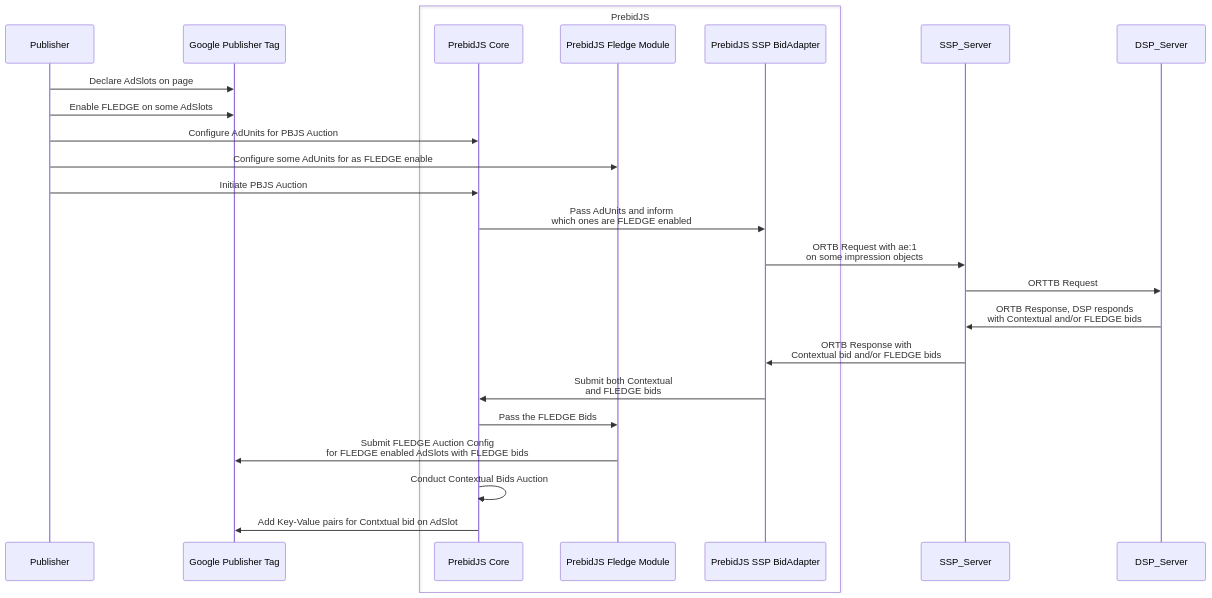
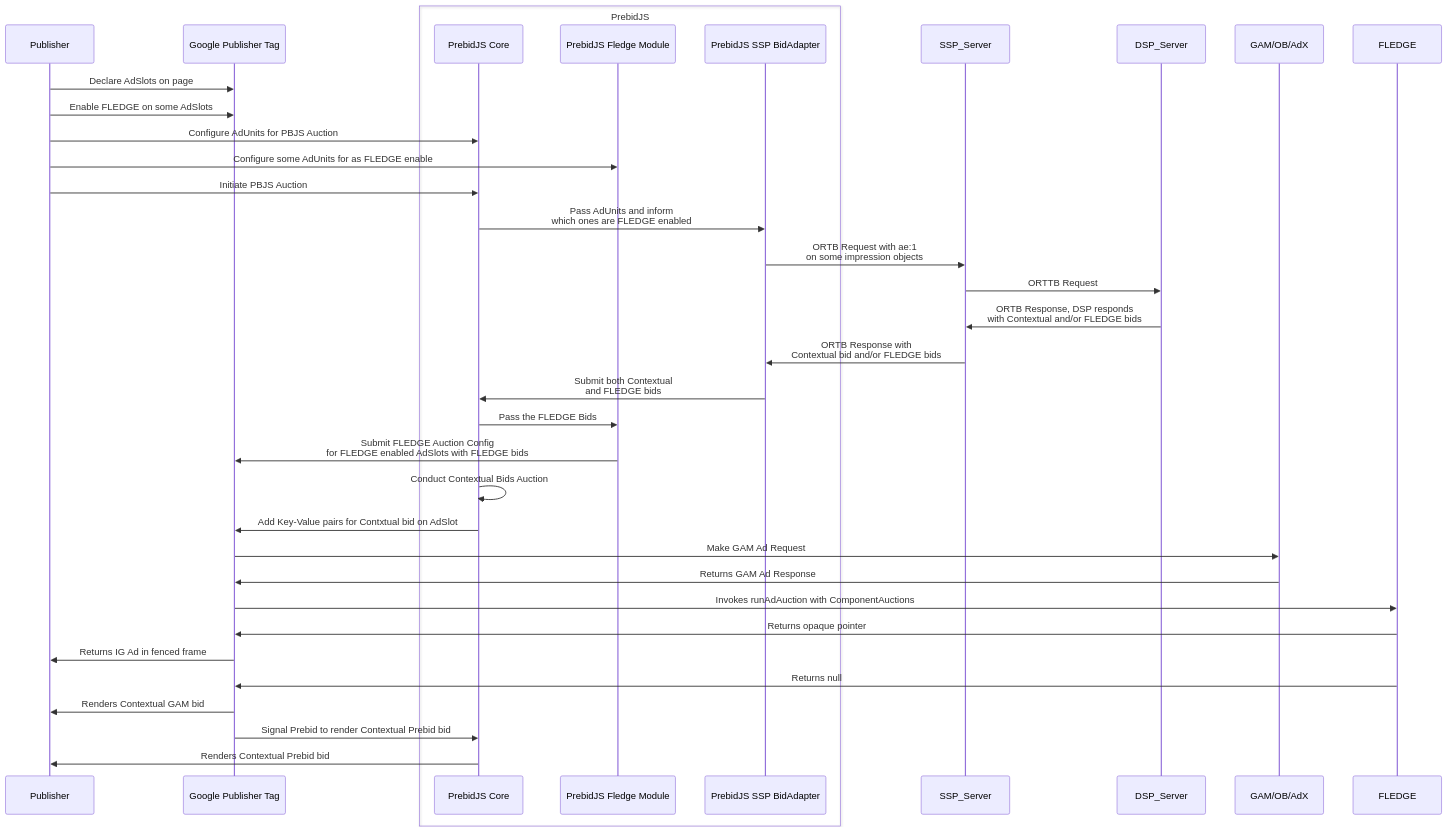
One commit to pm-harshad-mane/Diagrams changed the diagram in FLEDGE.md. Above: the diagram before and after it, drawn with Mermaid.

````diff
--- a/FLEDGE.md
+++ b/FLEDGE.md
@@ -3,33 +3,39 @@
 ```mermaid
 sequenceDiagram
     participant Pub as Publisher
     participant GPT as Google Publisher Tag
     box PrebidJS
     participant PBJS as PrebidJS Core
     participant PBJS_FLEDGE as PrebidJS Fledge Module
     participant SSP_PBJS as PrebidJS SSP BidAdapter
     end
     participant SSP_Server
     participant DSP_Server
+    participant GAM as GAM/OB/AdX
+    Participant FLEDGE
 
     Pub->>GPT: Declare AdSlots on page
     Pub->>GPT: Enable FLEDGE on some AdSlots
     Pub->>PBJS: Configure AdUnits for PBJS Auction
     Pub->>PBJS_FLEDGE: Configure some AdUnits for as FLEDGE enable
     Pub->>PBJS: Initiate PBJS Auction
     PBJS->>SSP_PBJS: Pass AdUnits and inform <br/> which ones are FLEDGE enabled
     SSP_PBJS->>SSP_Server: ORTB Request with ae:1 <br/>  on some impression objects
     SSP_Server->>DSP_Server: ORTTB Request
     DSP_Server->>SSP_Server: ORTB Response, DSP responds <br/> with Contextual and/or FLEDGE bids
     SSP_Server->>SSP_PBJS: ORTB Response with <br/> Contextual bid and/or FLEDGE bids
     SSP_PBJS->>PBJS: Submit both Contextual <br/> and FLEDGE bids
     PBJS->>PBJS_FLEDGE: Pass the FLEDGE Bids
     PBJS_FLEDGE->>GPT: Submit FLEDGE Auction Config <br/> for FLEDGE enabled AdSlots with FLEDGE bids
     PBJS->>PBJS: Conduct Contextual Bids Auction
     PBJS->>GPT: Add Key-Value pairs for Contxtual bid on AdSlot
-
-    
-    
-
-    
+    GPT->>GAM: Make GAM Ad Request
+    GAM->>GPT: Returns GAM Ad Response
+    GPT->>FLEDGE: Invokes runAdAuction with ComponentAuctions
+    FLEDGE->>GPT: Returns opaque pointer
+    GPT->>Pub: Returns IG Ad in fenced frame
+    FLEDGE->>GPT: Returns null
+    GPT->>Pub: Renders Contextual GAM bid
+    GPT->>PBJS: Signal Prebid to render Contextual Prebid bid
+    PBJS->>Pub: Renders Contextual Prebid bid
 ```
````
